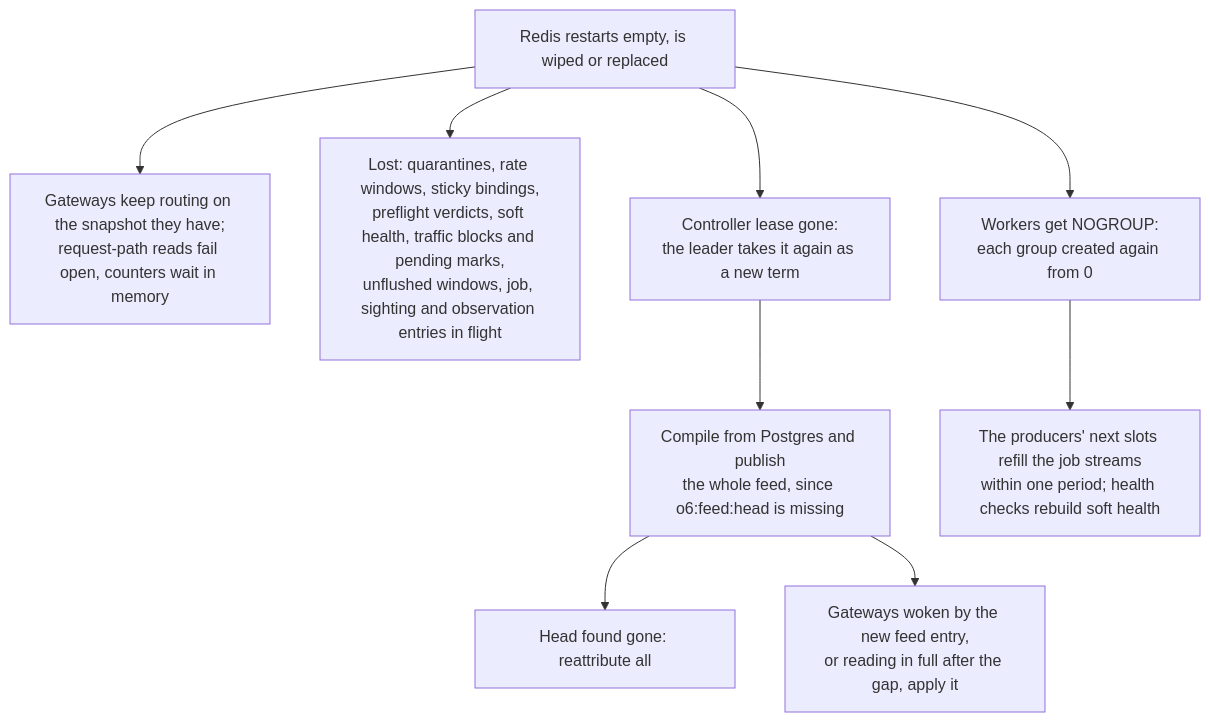
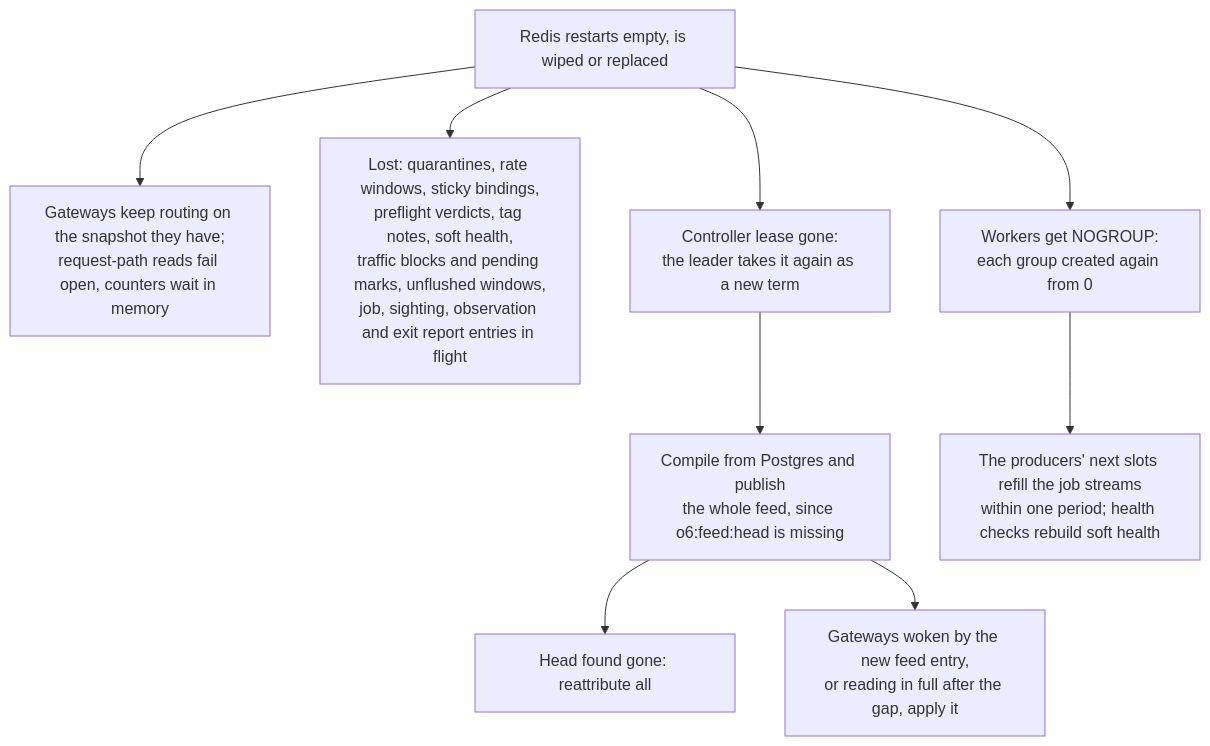
Before and after one commit to octoprox/octoprox: the sixth of 6 diagrams in docs/architecture.md, drawn with Mermaid. The commit also changed other lines of this file and 140 other files, not shown here.

````diff
--- a/docs/architecture.md
+++ b/docs/architecture.md
@@ -709,11 +718,11 @@
 ```mermaid
 flowchart TD
     wipe["Redis restarts empty, is wiped or replaced"] --> gateways["Gateways keep routing on the snapshot they have;<br/>request-path reads fail open, counters wait in memory"]
-    wipe --> lost["Lost: quarantines, rate windows, sticky bindings,<br/>preflight verdicts, soft health, traffic blocks and pending marks,<br/>unflushed windows, job, sighting and observation entries in flight"]
+    wipe --> lost["Lost: quarantines, rate windows, sticky bindings,<br/>preflight verdicts, tag notes, soft health,<br/>traffic blocks and pending marks, unflushed windows,<br/>job, sighting, observation and exit report entries in flight"]
     wipe --> groups["Workers get NOGROUP:<br/>each group created again from 0"]
     wipe --> lease["Controller lease gone:<br/>the leader takes it again as a new term"]
     lease --> recompile["Compile from Postgres and publish<br/>the whole feed, since o6:feed:head is missing"]
     recompile --> detect["Head found gone: reattribute all"]
     recompile --> follow["Gateways woken by the new feed entry,<br/>or reading in full after the gap, apply it"]
     groups --> resume["The producers' next slots refill the job streams<br/>within one period; health checks rebuild soft health"]
 ```
````
